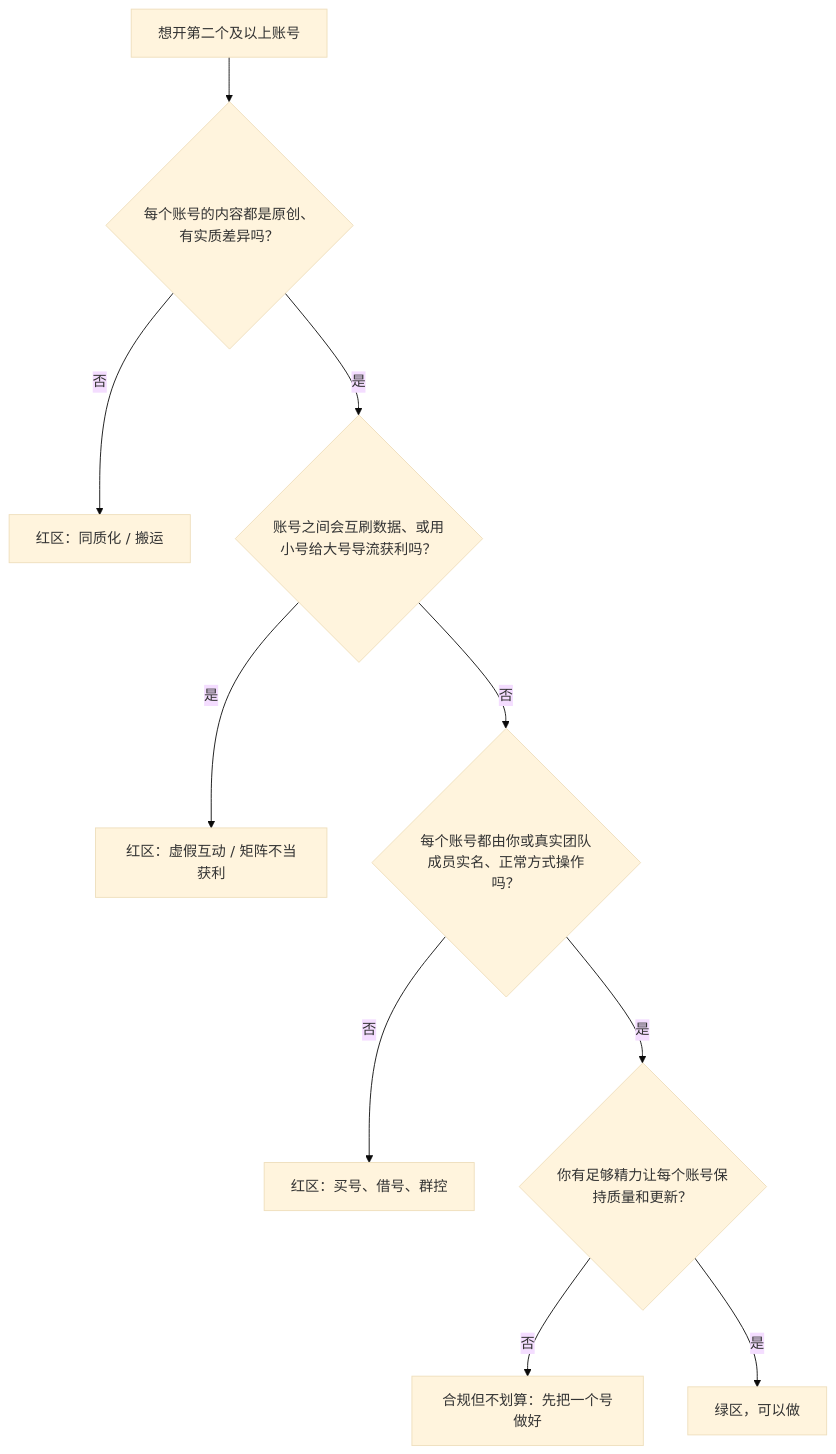
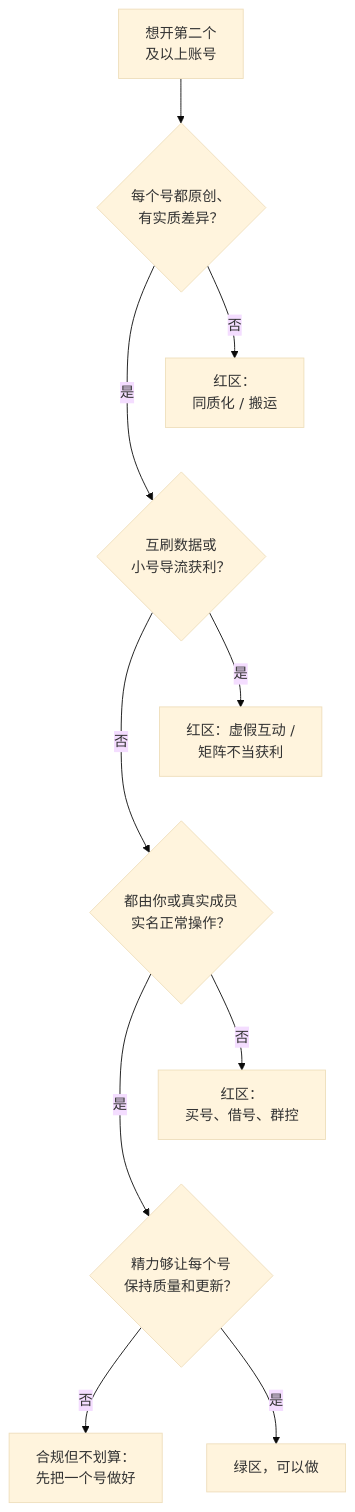
Before and after one commit to jarvis-pro/hatch-shelf: the diagram in books/douyin-kuaishou/09-matrix-boundaries.md, drawn with Mermaid (base theme). The commit also changed 432 other files, not shown here.

````diff
--- a/books/douyin-kuaishou/09-matrix-boundaries.md
+++ b/books/douyin-kuaishou/09-matrix-boundaries.md
@@ -58,12 +58,15 @@
 ```mermaid
 flowchart TD
-  A["想开第二个及以上账号"] --> B{"每个账号的内容都是原创、有实质差异吗？"}
-  B -->|"否"| R["红区：同质化 / 搬运"]
-  B -->|"是"| C{"账号之间会互刷数据、或用小号给大号导流获利吗？"}
-  C -->|"是"| R2["红区：虚假互动 / 矩阵不当获利"]
-  C -->|"否"| D{"每个账号都由你或真实团队成员实名、正常方式操作吗？"}
-  D -->|"否"| R3["红区：买号、借号、群控"]
-  D -->|"是"| E{"你有足够精力让每个账号保持质量和更新？"}
-  E -->|"否"| Y["合规但不划算：先把一个号做好"]
+  A["想开第二个<br/>及以上账号"] --> B{"每个号都原创、<br/>有实质差异？"}
+  B -->|"否"| R["红区：<br/>同质化 / 搬运"]
+  B -->|"是"| C{"互刷数据或<br/>小号导流获利？"}
+  C -->|"是"| R2["红区：虚假互动 /<br/>矩阵不当获利"]
+  C -->|"否"| D{"都由你或真实成员<br/>实名正常操作？"}
+  D -->|"否"| R3["红区：<br/>买号、借号、群控"]
+  D -->|"是"| E{"精力够让每个号<br/>保持质量和更新？"}
+  E -->|"否"| Y["合规但不划算：<br/>先把一个号做好"]
   E -->|"是"| G["绿区，可以做"]
+  R ~~~ C
+  R2 ~~~ D
+  R3 ~~~ E
 ```
````
